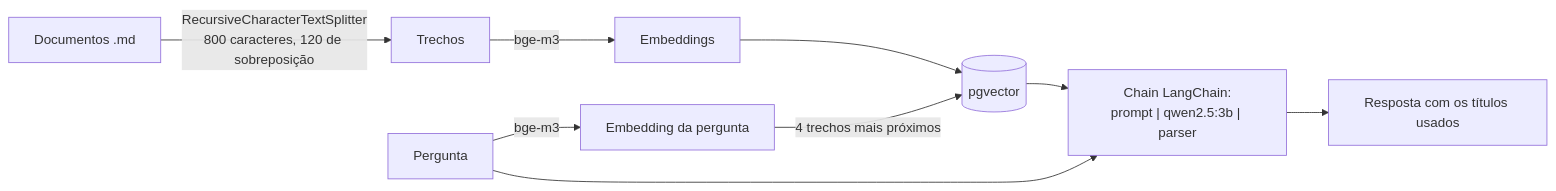
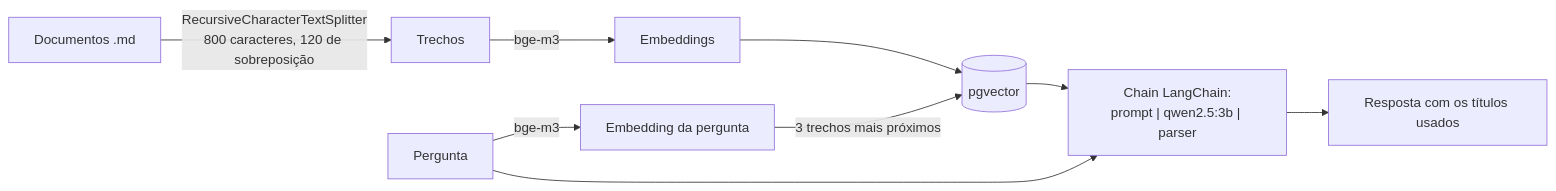
The diagram in docs/parte4/rag-e-llm.md (AugustoFernandesc/pluvia), drawn with Mermaid before and after one commit. The commit also changed other lines of this file and 2 other files, not shown here.

````diff
--- a/docs/parte4/rag-e-llm.md
+++ b/docs/parte4/rag-e-llm.md
@@ -16,11 +16,11 @@
 ```mermaid
 flowchart LR
     D[Documentos .md] -->|RecursiveCharacterTextSplitter<br/>800 caracteres, 120 de sobreposição| T[Trechos]
     T -->|bge-m3| E[Embeddings]
     E --> V[(pgvector)]
     P[Pergunta] -->|bge-m3| Q[Embedding da pergunta]
-    Q -->|4 trechos mais próximos| V
+    Q -->|3 trechos mais próximos| V
     V --> C["Chain LangChain:<br/>prompt | qwen2.5:3b | parser"]
     P --> C
     C --> R[Resposta com os títulos usados]
 ```
````
